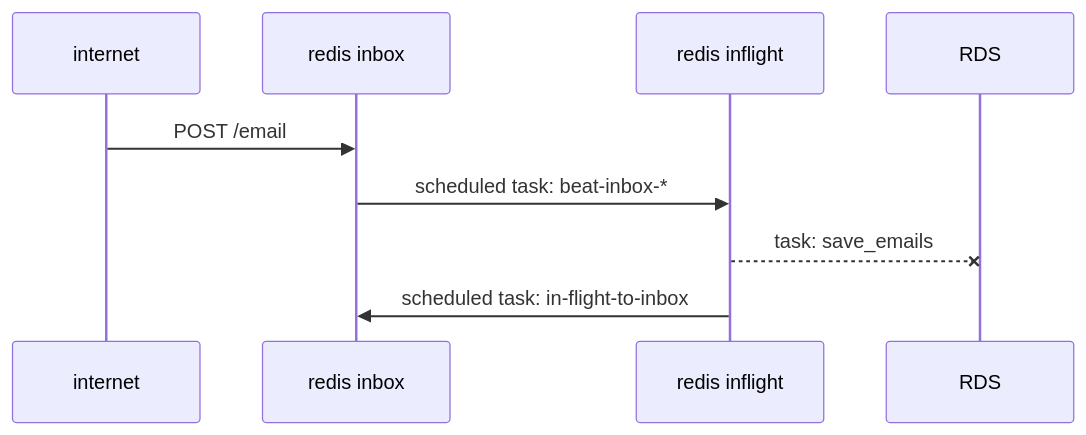
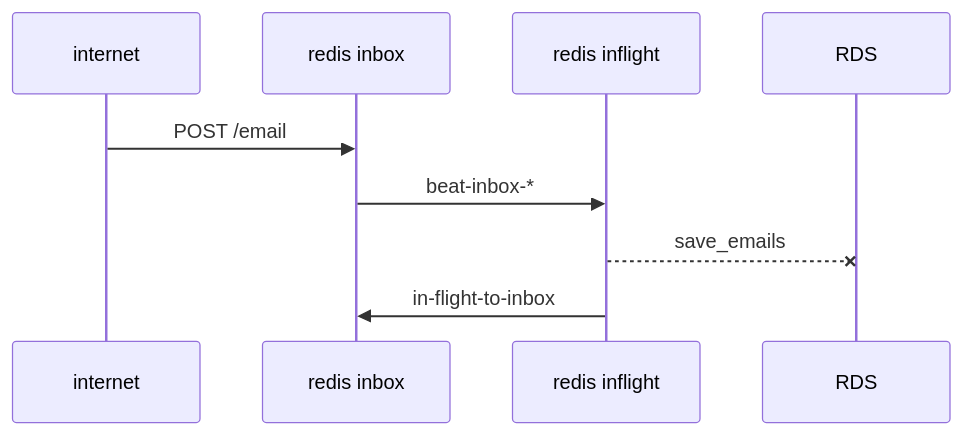
One commit to cds-snc/notification-api changed the second of 6 diagrams in DATAFLOW.md. Above: the diagram before and after it, drawn with Mermaid. The commit also changed other lines of this file, not shown here.

````diff
--- a/DATAFLOW.md
+++ b/DATAFLOW.md
@@ -24,14 +24,14 @@
 ```mermaid
     sequenceDiagram
     
     participant internet
     participant redis inbox
     participant redis inflight
     participant RDS
 
     internet ->> redis inbox: POST /email
-    redis inbox ->> redis inflight: scheduled task: beat-inbox-*
-    redis inflight --x RDS: task: save_emails
+    redis inbox ->> redis inflight: beat-inbox-*
+    redis inflight --x RDS: save_emails
     
-    redis inflight ->> redis inbox: scheduled task: in-flight-to-inbox
+    redis inflight ->> redis inbox: in-flight-to-inbox
 ```
````
